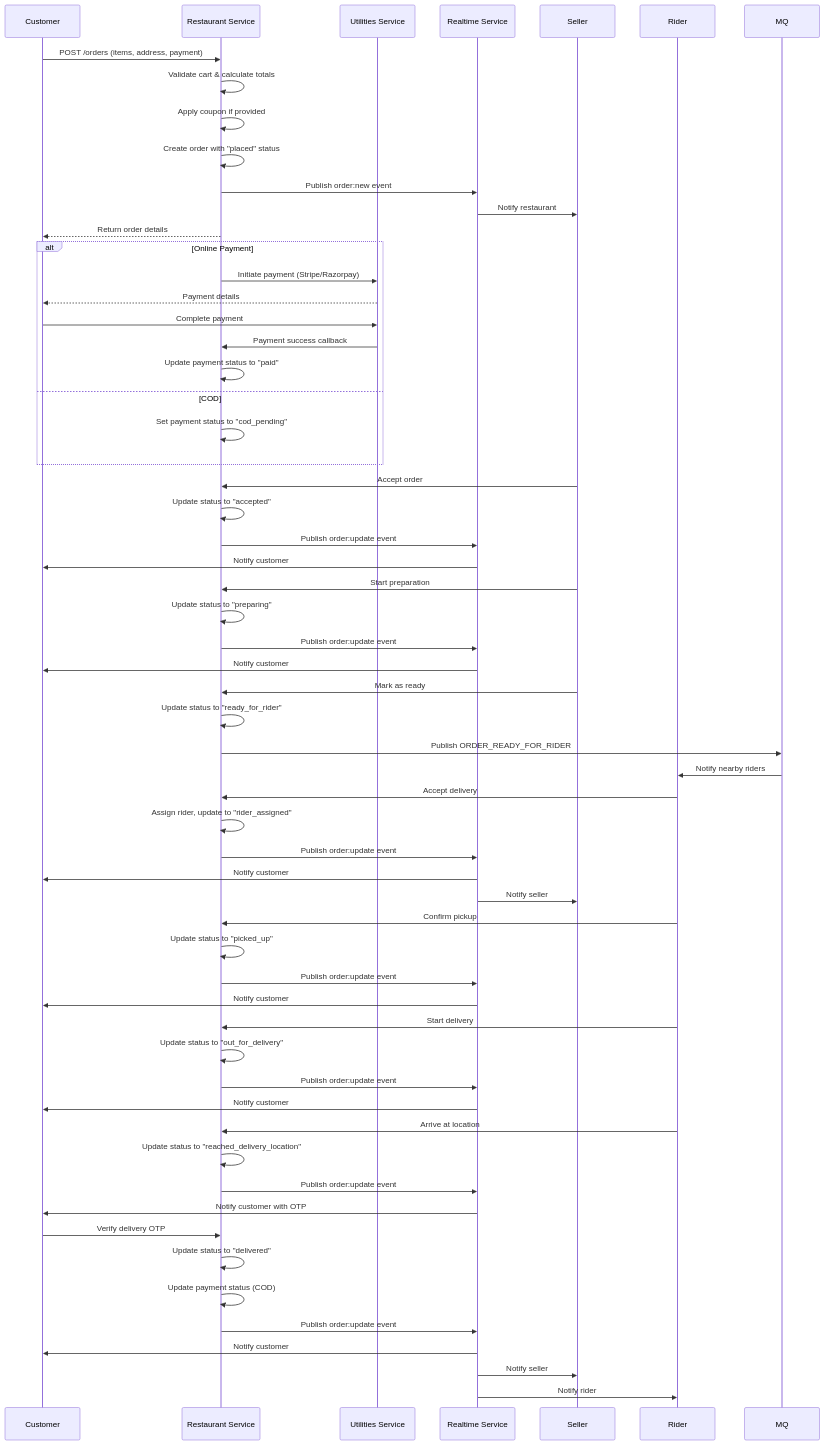
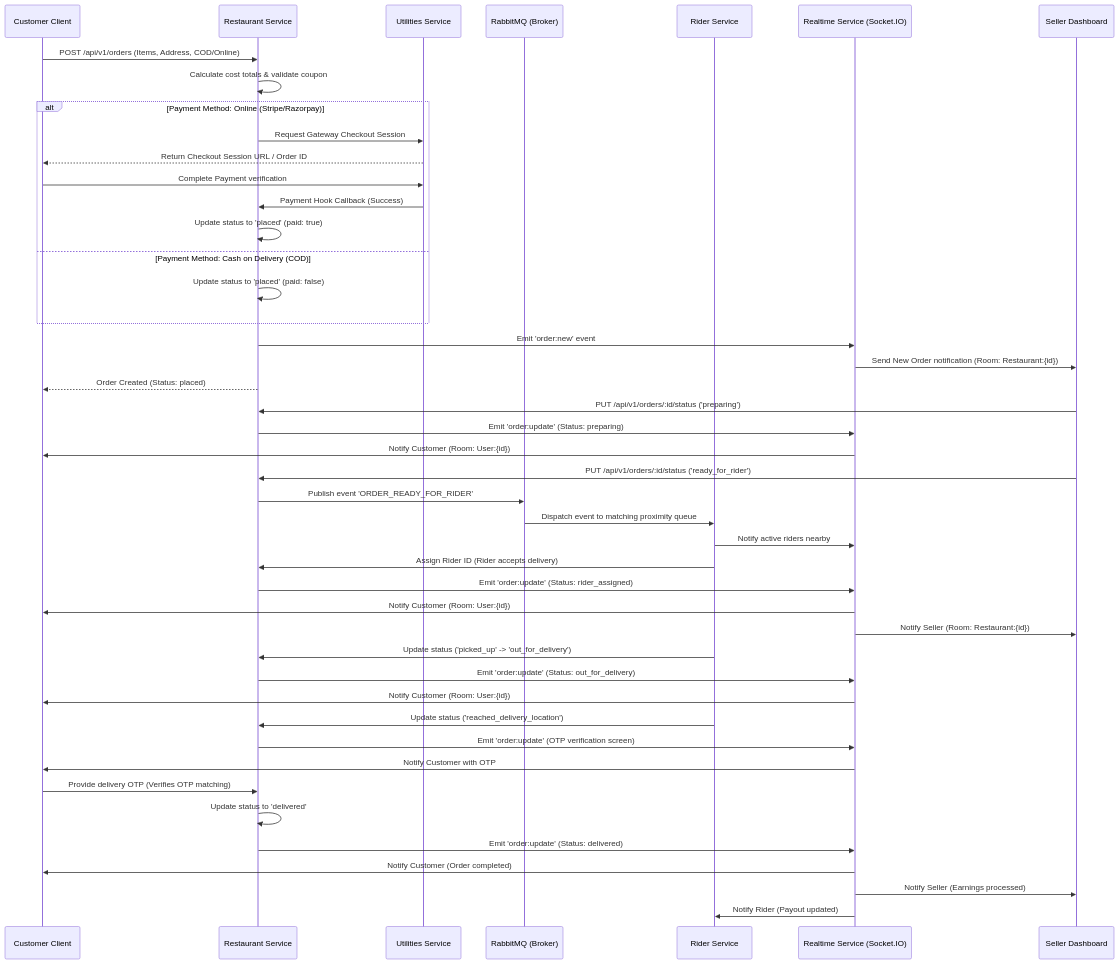
One commit to samratmallick-dev/kravix-food-delivery-application changed the third of 5 diagrams in README.md. Above: the diagram before and after it, drawn with Mermaid. The commit also changed other lines of this file, not shown here.

````diff
--- a/README.md
+++ b/README.md
@@ -931,70 +232,56 @@
 ```mermaid
 sequenceDiagram
-    participant C as Customer
-    participant R as Restaurant Service
-    participant U as Utilities Service
-    participant RT as Realtime Service
-    participant S as Seller
-    participant RD as Rider
+    participant Customer as Customer Client
+    participant RestSvc as Restaurant Service
+    participant UtilSvc as Utilities Service
+    participant Rabbit as RabbitMQ (Broker)
+    participant RiderSvc as Rider Service
+    participant Socket as Realtime Service (Socket.IO)
+    participant Seller as Seller Dashboard
 
-    C->>R: POST /orders (items, address, payment)
-    R->>R: Validate cart & calculate totals
-    R->>R: Apply coupon if provided
-    R->>R: Create order with "placed" status
-    R->>RT: Publish order:new event
-    RT->>S: Notify restaurant
-    R-->>C: Return order details
+    Customer->>RestSvc: POST /api/v1/orders (Items, Address, COD/Online)
+    RestSvc->>RestSvc: Calculate cost totals & validate coupon
     
-    alt Online Payment
-        R->>U: Initiate payment (Stripe/Razorpay)
-        U-->>C: Payment details
-        C->>U: Complete payment
-        U->>R: Payment success callback
-        R->>R: Update payment status to "paid"
-    else COD
-        R->>R: Set payment status to "cod_pending"
+    alt Payment Method: Online (Stripe/Razorpay)
+        RestSvc->>UtilSvc: Request Gateway Checkout Session
+        UtilSvc-->>Customer: Return Checkout Session URL / Order ID
+        Customer->>UtilSvc: Complete Payment verification
+        UtilSvc->>RestSvc: Payment Hook Callback (Success)
+        RestSvc->>RestSvc: Update status to 'placed' (paid: true)
+    else Payment Method: Cash on Delivery (COD)
+        RestSvc->>RestSvc: Update status to 'placed' (paid: false)
     end
     
-    S->>R: Accept order
-    R->>R: Update status to "accepted"
-    R->>RT: Publish order:update event
-    RT->>C: Notify customer
+    RestSvc->>Socket: Emit 'order:new' event
+    Socket->>Seller: Send New Order notification (Room: Restaurant:{id})
+    RestSvc-->>Customer: Order Created (Status: placed)
     
-    S->>R: Start preparation
-    R->>R: Update status to "preparing"
-    R->>RT: Publish order:update event
-    RT->>C: Notify customer
+    Seller->>RestSvc: PUT /api/v1/orders/:id/status ('preparing')
+    RestSvc->>Socket: Emit 'order:update' (Status: preparing)
+    Socket->>Customer: Notify Customer (Room: User:{id})
+
+    Seller->>RestSvc: PUT /api/v1/orders/:id/status ('ready_for_rider')
+    RestSvc->>Rabbit: Publish event 'ORDER_READY_FOR_RIDER'
+    Rabbit->>RiderSvc: Dispatch event to matching proximity queue
+    RiderSvc->>Socket: Notify active riders nearby
     
-    S->>R: Mark as ready
-    R->>R: Update status to "ready_for_rider"
-    R->>MQ: Publish ORDER_READY_FOR_RIDER
-    MQ->>RD: Notify nearby riders
-    RD->>R: Accept delivery
-    R->>R: Assign rider, update to "rider_assigned"
-    R->>RT: Publish order:update event
-    RT->>C: Notify customer
-    RT->>S: Notify seller
-    
-    RD->>R: Confirm pickup
-    R->>R: Update status to "picked_up"
-    R->>RT: Publish order:update event
-    RT->>C: Notify customer
-    
-    RD->>R: Start delivery
-    R->>R: Update status to "out_for_delivery"
-    R->>RT: Publish order:update event
-    RT->>C: Notify customer
-    
-    RD->>R: Arrive at location
-    R->>R: Update status to "reached_delivery_location"
-    R->>RT: Publish order:update event
-    RT->>C: Notify customer with OTP
-    
-    C->>R: Verify delivery OTP
-    R->>R: Update status to "delivered"
-    R->>R: Update payment status (COD)
-    R->>RT: Publish order:update event
-    RT->>C: Notify customer
-    RT->>S: Notify seller
-    RT->>RD: Notify rider
+    RiderSvc->>RestSvc: Assign Rider ID (Rider accepts delivery)
+    RestSvc->>Socket: Emit 'order:update' (Status: rider_assigned)
+    Socket->>Customer: Notify Customer (Room: User:{id})
+    Socket->>Seller: Notify Seller (Room: Restaurant:{id})
+
+    RiderSvc->>RestSvc: Update status ('picked_up' -> 'out_for_delivery')
+    RestSvc->>Socket: Emit 'order:update' (Status: out_for_delivery)
+    Socket->>Customer: Notify Customer (Room: User:{id})
+
+    RiderSvc->>RestSvc: Update status ('reached_delivery_location')
+    RestSvc->>Socket: Emit 'order:update' (OTP verification screen)
+    Socket->>Customer: Notify Customer with OTP
+
+    Customer->>RestSvc: Provide delivery OTP (Verifies OTP matching)
+    RestSvc->>RestSvc: Update status to 'delivered'
+    RestSvc->>Socket: Emit 'order:update' (Status: delivered)
+    Socket->>Customer: Notify Customer (Order completed)
+    Socket->>Seller: Notify Seller (Earnings processed)
+    Socket->>RiderSvc: Notify Rider (Payout updated)
 ```
````
